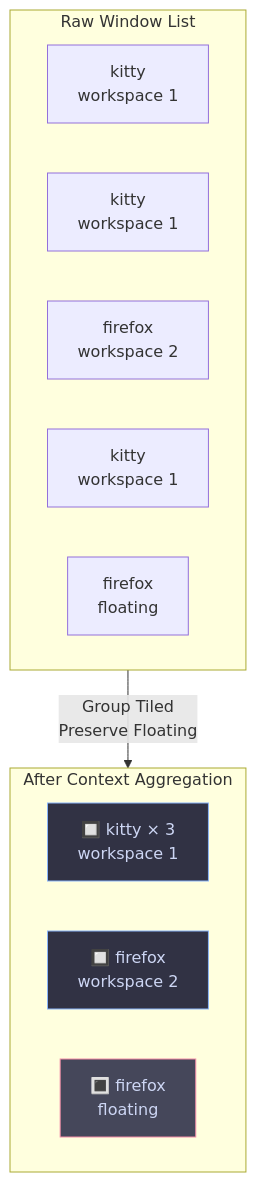
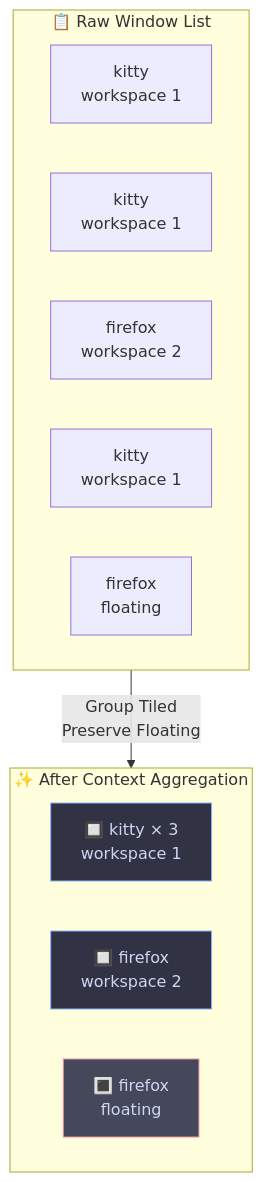
Before and after one commit to DreamMaoMao/wswitch: the second of 3 diagrams in README.md, drawn with Mermaid. The commit also changed other lines of this file, not shown here.

Commit message:
docs: polish README with gallery and diagrams

````diff
--- a/README.md
+++ b/README.md
@@ -69,22 +84,22 @@
 ```mermaid
 graph TB
-    subgraph Before["Raw Window List"]
+    subgraph Before["📋 Raw Window List"]
         W1["kitty<br/>workspace 1"]
         W2["kitty<br/>workspace 1"]
         W3["firefox<br/>workspace 2"]
         W4["kitty<br/>workspace 1"]
         W5["firefox<br/>floating"]
     end
 
-    subgraph After["After Context Aggregation"]
+    subgraph After["✨ After Context Aggregation"]
         G1["🔲 kitty × 3<br/>workspace 1"]
         G2["🔲 firefox<br/>workspace 2"]
         G3["🔳 firefox<br/>floating"]
     end
 
-    Before -->|"Group Tiled\nPreserve Floating"| After
+    Before -->|"Group Tiled<br/>Preserve Floating"| After
 
     style G1 fill:#313244,stroke:#89b4fa,color:#cdd6f4
     style G2 fill:#313244,stroke:#89b4fa,color:#cdd6f4
     style G3 fill:#45475a,stroke:#f38ba8,color:#cdd6f4
 ```
````
